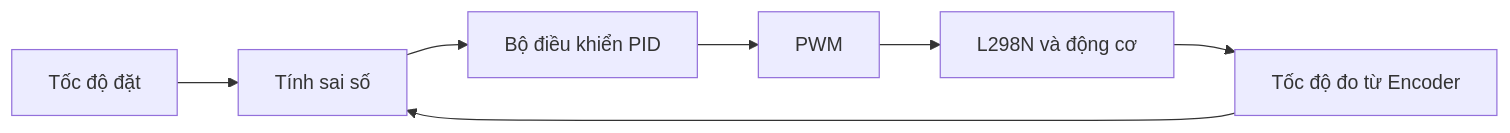
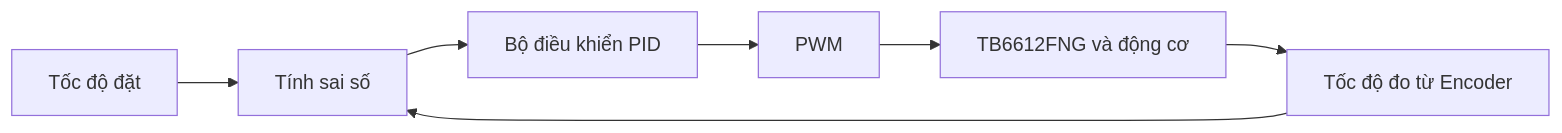
Before and after one commit to robovisVN/robovis-manual: the first of 2 diagrams in docs/robot-esp32/bai-giang/10-pid.md, drawn with Mermaid. The commit also changed other lines of this file and 16 other files, not shown here.

````diff
--- a/docs/robot-esp32/bai-giang/10-pid.md
+++ b/docs/robot-esp32/bai-giang/10-pid.md
@@ -95,9 +95,9 @@
 ```mermaid
 flowchart LR
     A["Tốc độ đặt"] --> B["Tính sai số"]
     F["Tốc độ đo từ Encoder"] --> B
     B --> C["Bộ điều khiển PID"]
     C --> D["PWM"]
-    D --> E["L298N và động cơ"]
+    D --> E["TB6612FNG và động cơ"]
     E --> F
 ```
````
